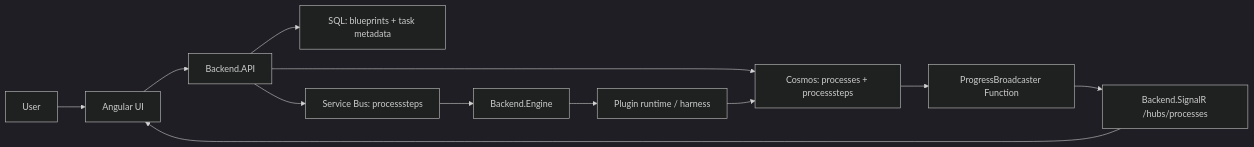
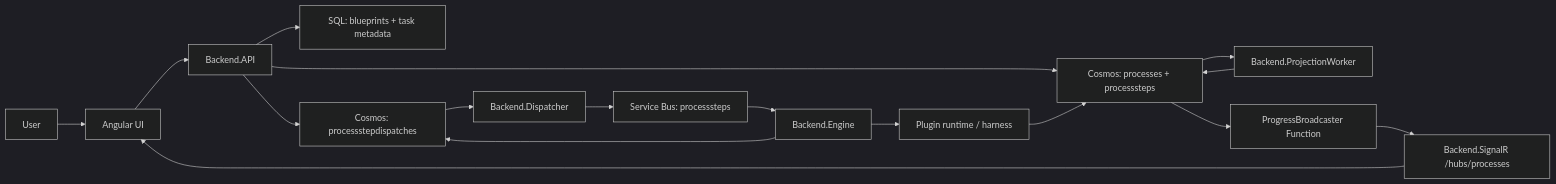
One commit to D-O-M/workflow-builder changed the diagram in Docs/agent-context/topology-and-runtime.md. Above: the diagram before and after it, drawn with Mermaid (dark theme). The commit also changed other lines of this file and 43 other files, not shown here.

````diff
--- a/Docs/agent-context/topology-and-runtime.md
+++ b/Docs/agent-context/topology-and-runtime.md
@@ -66,14 +70,19 @@
 ```mermaid
 flowchart LR
   User["User"] --> UI["Angular UI"]
   UI --> API["Backend.API"]
   API --> SQL["SQL: blueprints + task metadata"]
   API --> Cosmos["Cosmos: processes + processsteps"]
-  API --> Queue["Service Bus: processsteps"]
+  API --> Dispatch["Cosmos: processstepdispatches"]
+  Dispatch --> Dispatcher["Backend.Dispatcher"]
+  Dispatcher --> Queue["Service Bus: processsteps"]
   Queue --> Engine["Backend.Engine"]
   Engine --> Plugin["Plugin runtime / harness"]
   Plugin --> Cosmos
+  Engine --> Dispatch
+  Cosmos --> Projection["Backend.ProjectionWorker"]
+  Projection --> Cosmos
   Cosmos --> Broadcaster["ProgressBroadcaster Function"]
   Broadcaster --> SignalR["Backend.SignalR /hubs/processes"]
   SignalR --> UI
 ```
````
